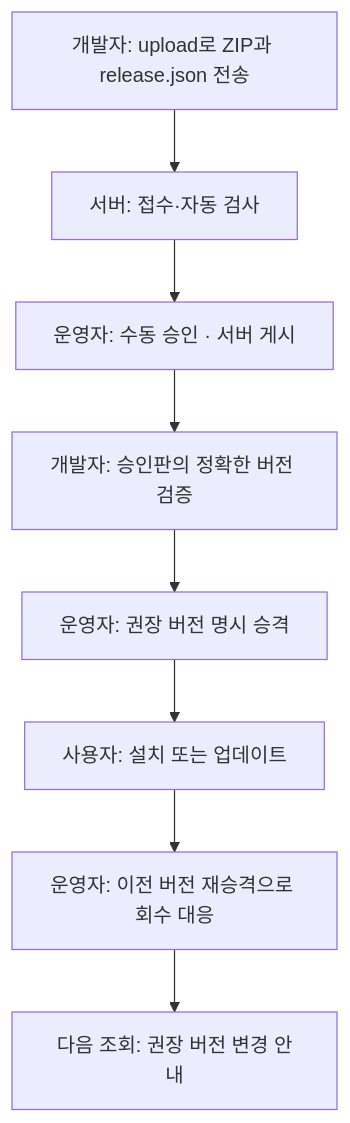
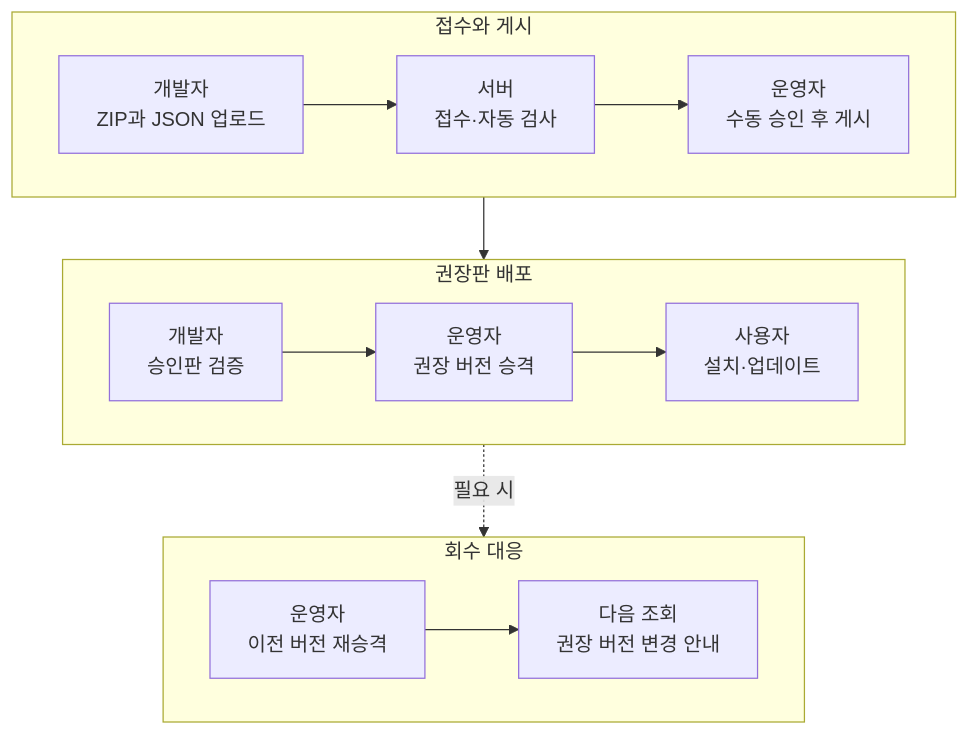
Before and after one commit to YonghoKwon/UE-DT-LAUNCHER: the second of 2 diagrams in README.md, drawn with Mermaid. The commit also changed other lines of this file, not shown here.

Commit message:
PROD-27: Compact the rollout diagram and clarify pilot scope

````diff
--- a/README.md
+++ b/README.md
@@ -37,13 +37,19 @@
 ```mermaid
 flowchart TD
-    upload["개발자: upload로 ZIP과 release.json 전송"]
-    intake["서버: 접수·자동 검사"]
-    approve["운영자: 수동 승인 · 서버 게시"]
-    verify["개발자: 승인판의 정확한 버전 검증"]
-    promote["운영자: 권장 버전 명시 승격"]
-    install["사용자: 설치 또는 업데이트"]
-    recall["운영자: 이전 버전 재승격으로 회수 대응"]
-    notice["다음 조회: 권장 버전 변경 안내"]
-    upload --> intake --> approve --> verify --> promote --> install
-    install --> recall --> notice
+    subgraph publishing["접수와 게시"]
+        direction LR
+        upload["개발자<br/>ZIP과 JSON 업로드"] --> intake["서버<br/>접수·자동 검사"]
+        intake --> approve["운영자<br/>수동 승인 후 게시"]
+    end
+    subgraph rollout["권장판 배포"]
+        direction LR
+        verify["개발자<br/>승인판 검증"] --> promote["운영자<br/>권장 버전 승격"]
+        promote --> install["사용자<br/>설치·업데이트"]
+    end
+    subgraph recall["회수 대응"]
+        direction LR
+        previous["운영자<br/>이전 버전 재승격"] --> notice["다음 조회<br/>권장 버전 변경 안내"]
+    end
+    publishing --> rollout
+    rollout -. 필요 시 .-> recall
 ```
````
